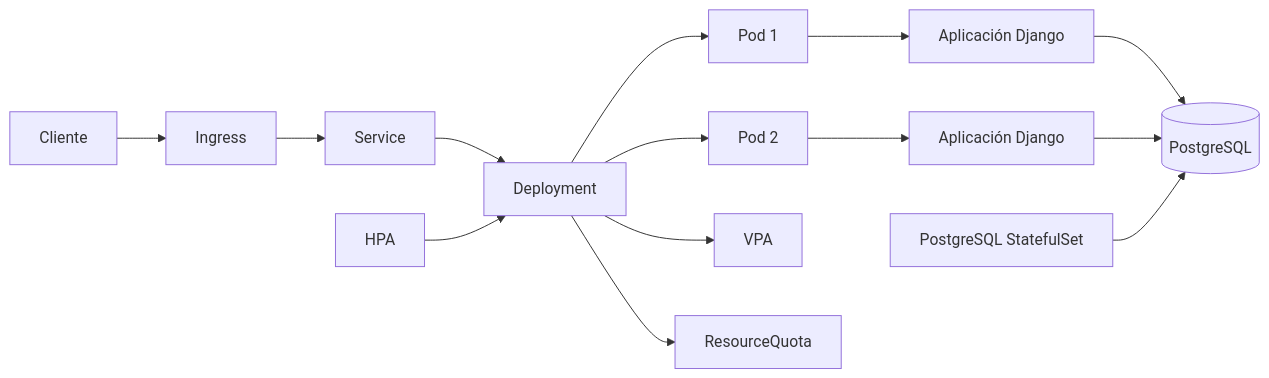
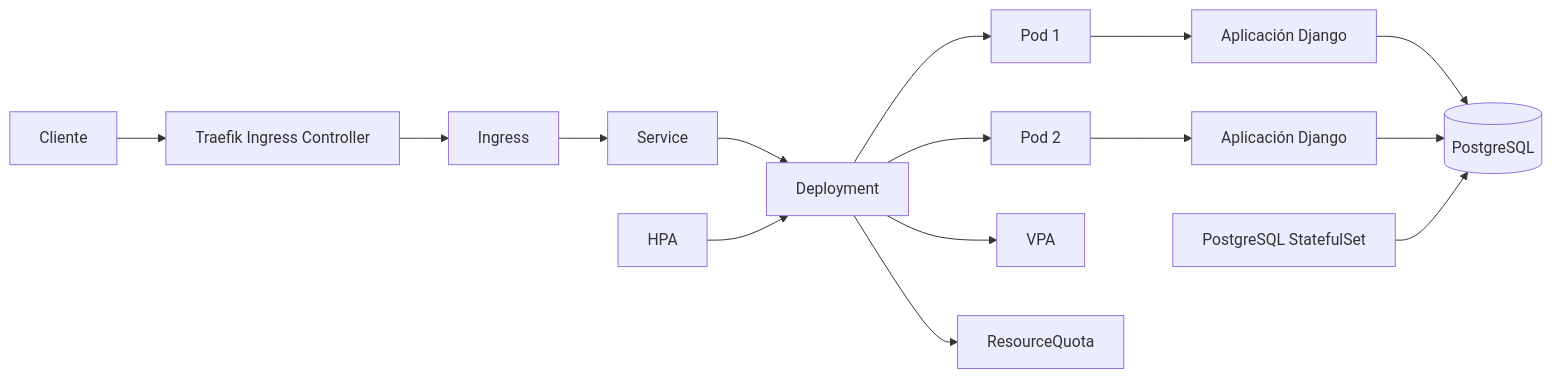
The second of 2 diagrams in ARCHITECTURE.md (diego12-ui/demo-devops-python), drawn with Mermaid before and after one commit. The commit also changed other lines of this file and 7 other files, not shown here.

````diff
--- a/ARCHITECTURE.md
+++ b/ARCHITECTURE.md
@@ -55,16 +55,17 @@
 ```mermaid
 flowchart LR
-  Client[Cliente] --> Ingress[Ingress]
+  Client[Cliente] --> Traefik[Traefik Ingress Controller]
+  Traefik --> Ingress[Ingress]
   Ingress --> Service[Service]
   Service --> Deployment[Deployment]
   HPA[HPA] --> Deployment
   Deployment --> PodA[Pod 1]
   Deployment --> PodB[Pod 2]
   PodA --> AppA[Aplicación Django]
   PodB --> AppB[Aplicación Django]
   Deployment --> VPA[VPA]
   Deployment --> Quota[ResourceQuota]
   AppA --> DB[(PostgreSQL)]
   AppB --> DB
   PG[PostgreSQL StatefulSet] --> DB
 ```
````
